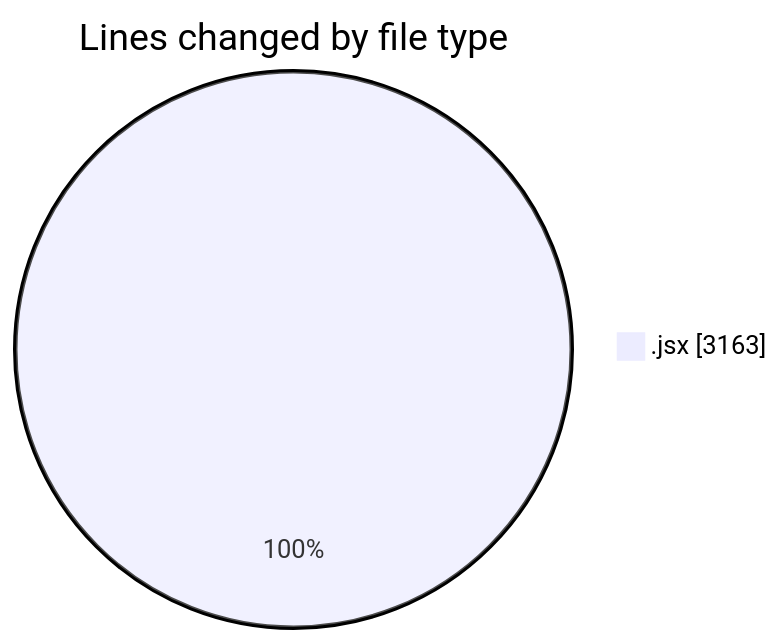
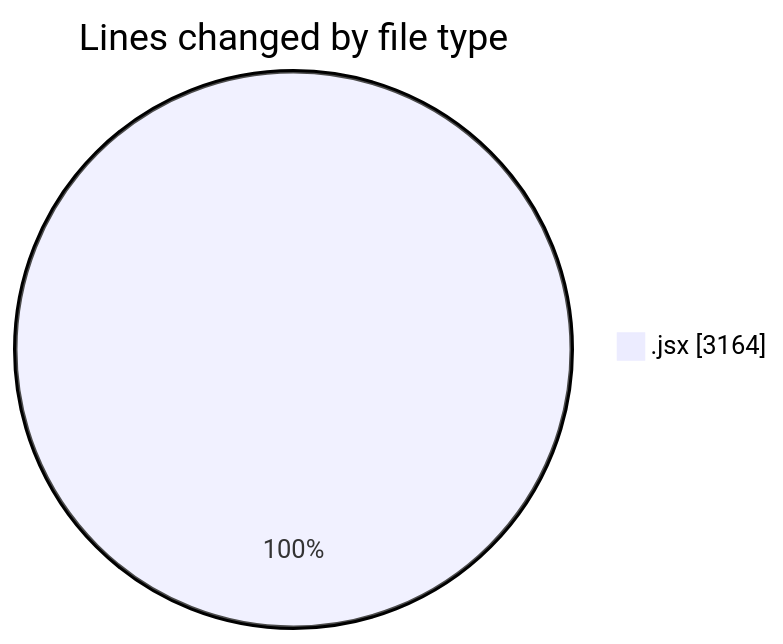
Before and after one commit to nxtqubesakshisongat/code-tracking: the first of 2 diagrams in 2026-01-13/nxtqube_webapp/README.md, drawn with Mermaid. The commit also changed other lines of this file and 1 other file, not shown here.

````diff
--- a/2026-01-13/nxtqube_webapp/README.md
+++ b/2026-01-13/nxtqube_webapp/README.md
@@ -22,5 +22,5 @@
 ```mermaid
 pie showData
 title Lines changed by file type
-".jsx" : 3163
+".jsx" : 3164
 ```
````
